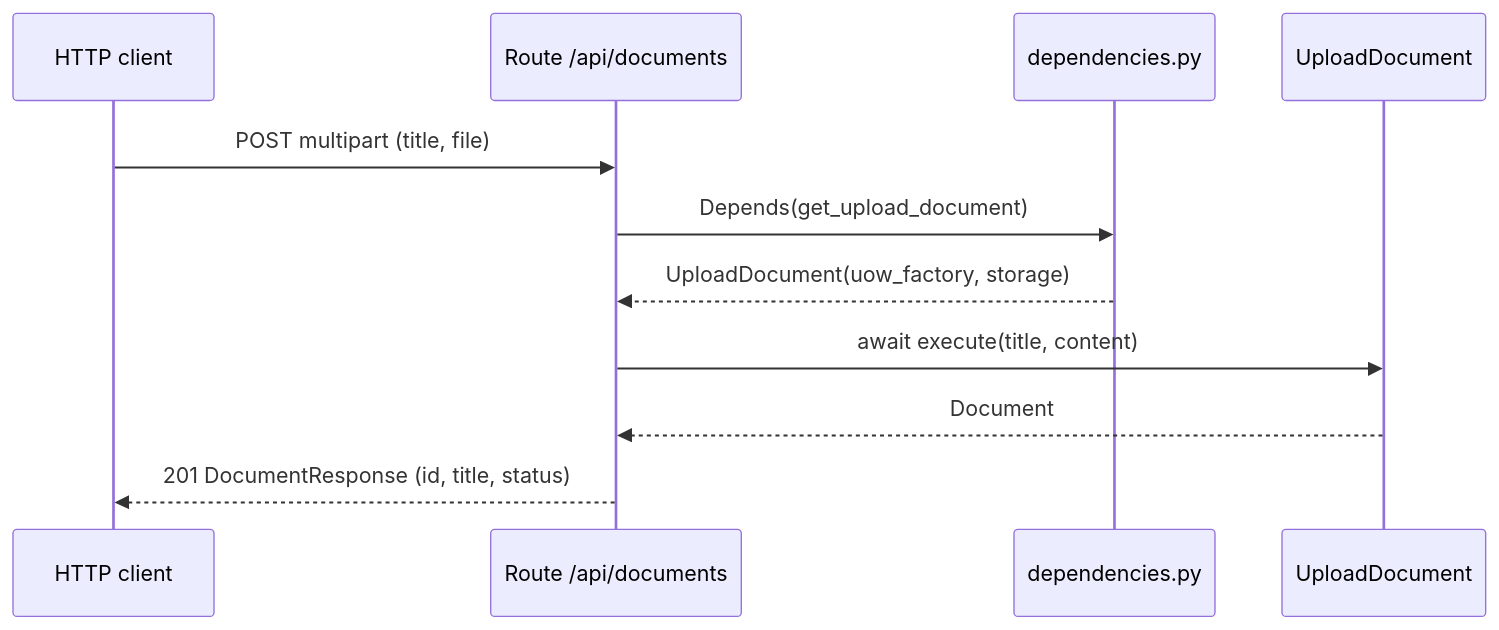
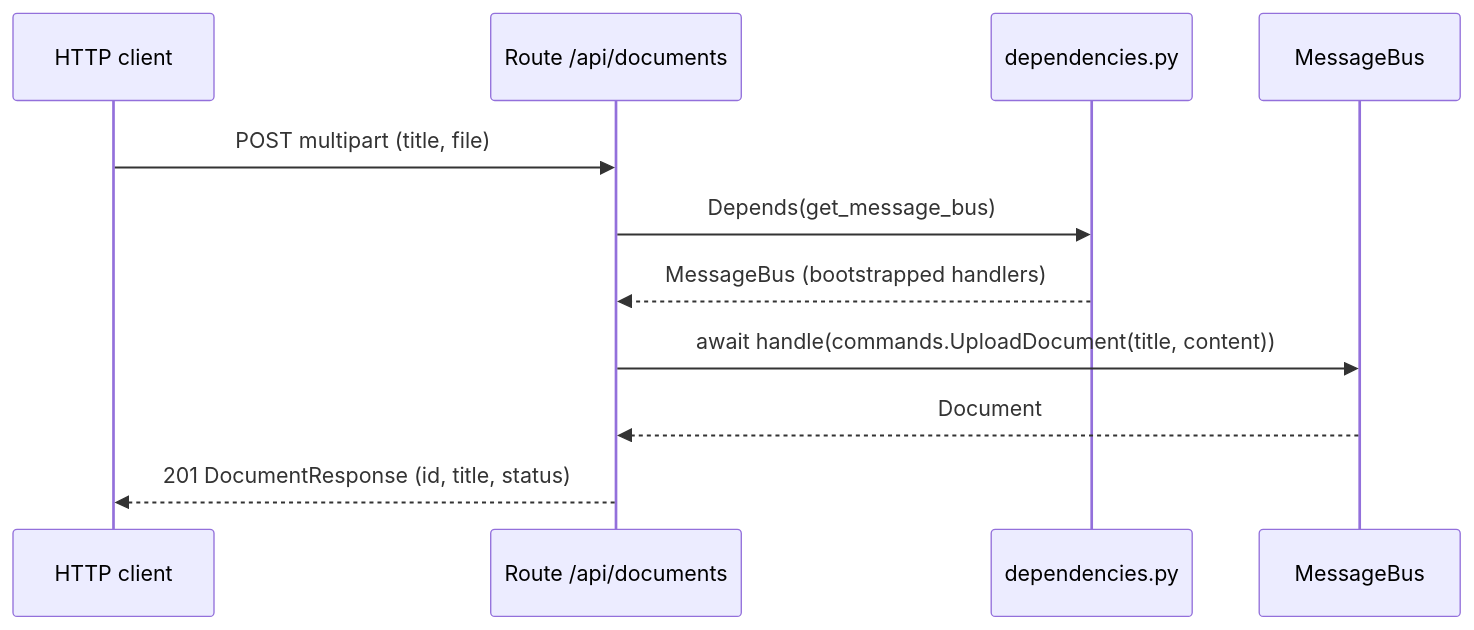
The sixth of 7 diagrams in docs/architecture.md (jacogro13/Cicero), drawn with Mermaid before and after one commit. The commit also changed other lines of this file, not shown here.

Commit message:
docs(architecture): message bus orchestration and the upload command path

````diff
--- a/docs/architecture.md
+++ b/docs/architecture.md
@@ -226,13 +245,13 @@
 ```mermaid
 sequenceDiagram
     participant C as HTTP client
     participant R as Route /api/documents
     participant D as dependencies.py
-    participant U as UploadDocument
+    participant B as MessageBus
     C->>R: POST multipart (title, file)
-    R->>D: Depends(get_upload_document)
-    D-->>R: UploadDocument(uow_factory, storage)
-    R->>U: await execute(title, content)
-    U-->>R: Document
+    R->>D: Depends(get_message_bus)
+    D-->>R: MessageBus (bootstrapped handlers)
+    R->>B: await handle(commands.UploadDocument(title, content))
+    B-->>R: Document
     R-->>C: 201 DocumentResponse (id, title, status)
 ```
````
